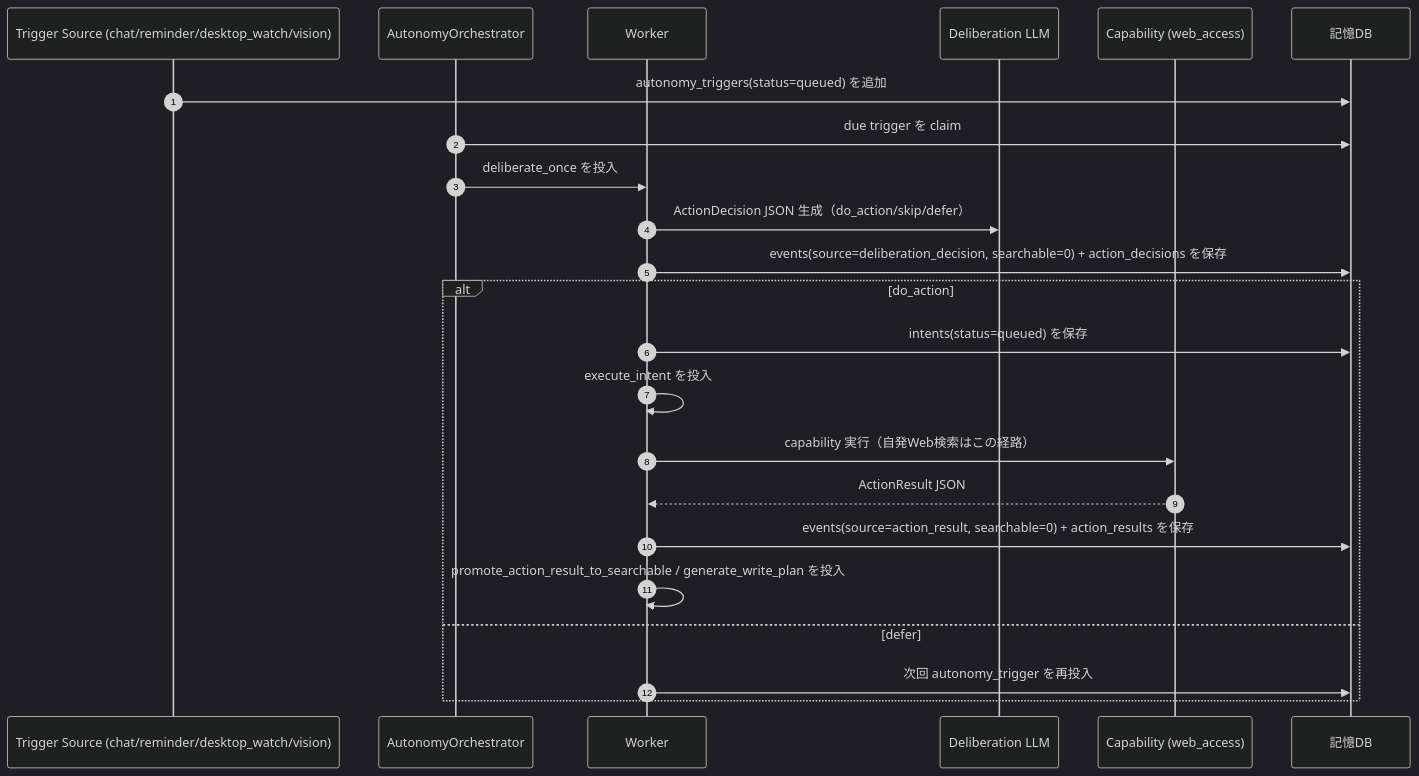
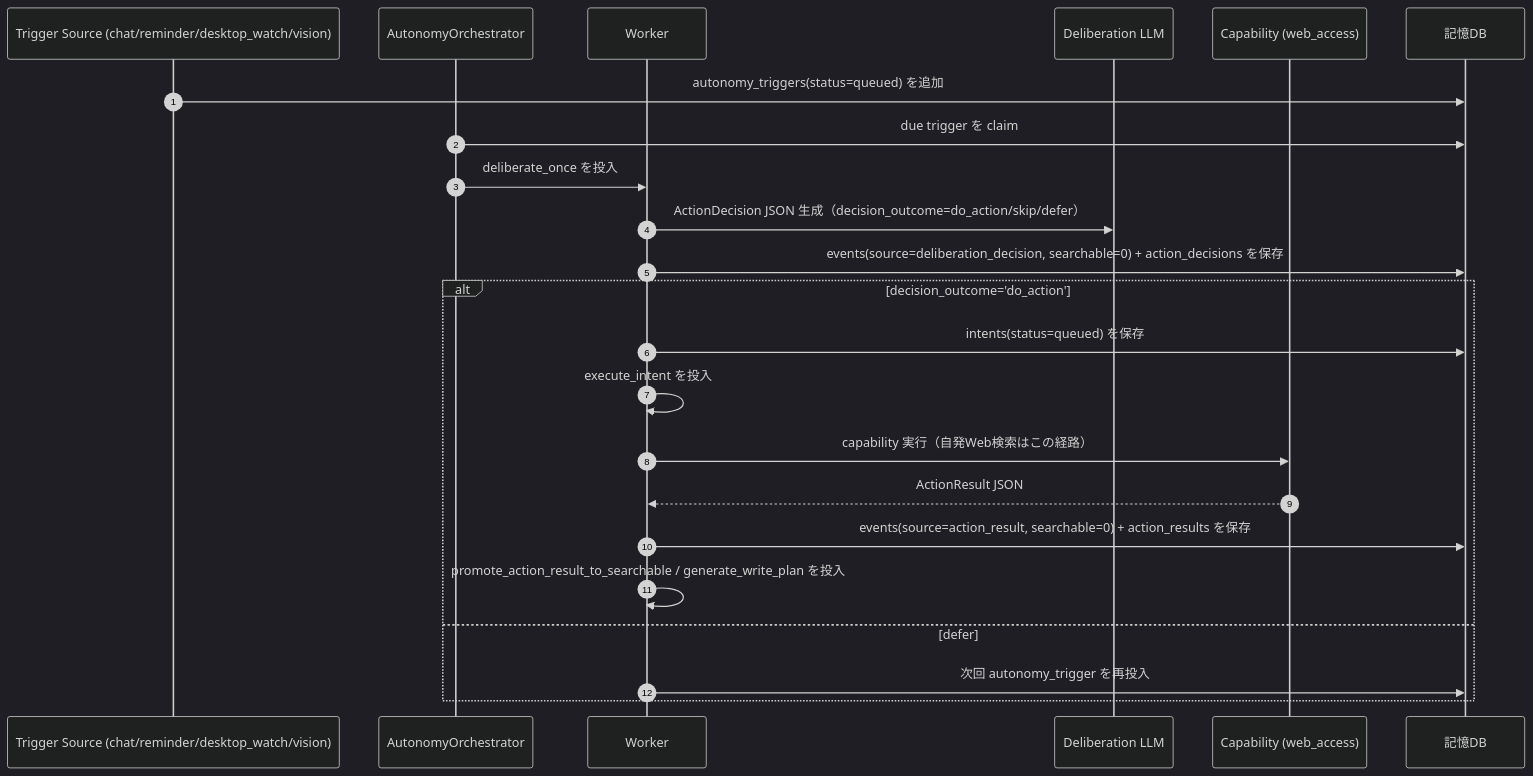
One commit to hirona98/CocoroGhost changed the second of 2 diagrams in docs/10_実行フロー.md. Above: the diagram before and after it, drawn with Mermaid (dark theme). The commit also changed 8 other files, not shown here.

Commit message:
Deliberation 契約の正本を decision_outcome のみに統一

````diff
--- a/docs/10_実行フロー.md
+++ b/docs/10_実行フロー.md
@@ -137,26 +137,26 @@
 ```mermaid
 sequenceDiagram
     autonumber
     participant T as Trigger Source (chat/reminder/desktop_watch/vision)
     participant O as AutonomyOrchestrator
     participant W as Worker
     participant D as Deliberation LLM
     participant C as Capability (web_access)
     participant DB as 記憶DB
 
     T->>DB: autonomy_triggers(status=queued) を追加
     O->>DB: due trigger を claim
     O->>W: deliberate_once を投入
-    W->>D: ActionDecision JSON 生成（do_action/skip/defer）
+    W->>D: ActionDecision JSON 生成（decision_outcome=do_action/skip/defer）
     W->>DB: events(source=deliberation_decision, searchable=0) + action_decisions を保存
-    alt do_action
+    alt decision_outcome='do_action'
       W->>DB: intents(status=queued) を保存
       W->>W: execute_intent を投入
       W->>C: capability 実行（自発Web検索はこの経路）
       C-->>W: ActionResult JSON
       W->>DB: events(source=action_result, searchable=0) + action_results を保存
       W->>W: promote_action_result_to_searchable / generate_write_plan を投入
     else defer
       W->>DB: 次回 autonomy_trigger を再投入
     end
 ```
````
